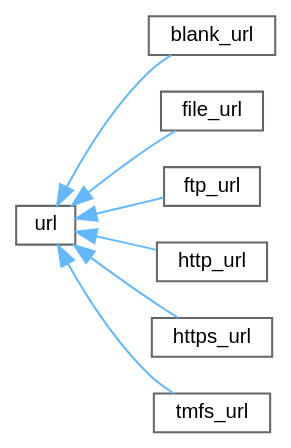
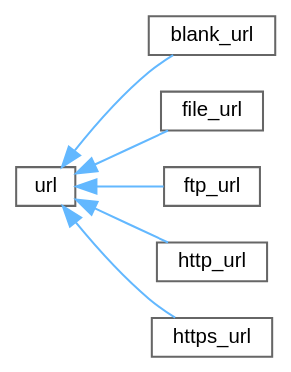
One commit to XmacsLabs/lolly changed the diagram in inherit_graph_55.dot. Above: the diagram before and after it, drawn with Graphviz. The commit also changed 120 other files, not shown here.

```diff
--- a/inherit_graph_55.dot
+++ b/inherit_graph_55.dot
@@ -1,21 +1,19 @@
 digraph "Graphical Class Hierarchy"
 {
  // LATEX_PDF_SIZE
   bgcolor="transparent";
   edge [fontname=Helvetica,fontsize=10,labelfontname=Helvetica,labelfontsize=10];
   node [fontname=Helvetica,fontsize=10,shape=box,height=0.2,width=0.4];
   rankdir="LR";
   Node0 [label="url",height=0.2,width=0.4,color="grey40", fillcolor="white", style="filled",URL="$classurl.html",tooltip=" "];
   Node0 -> Node1 [dir="back",color="steelblue1",style="solid"];
   Node1 [label="blank_url",height=0.2,width=0.4,color="grey40", fillcolor="white", style="filled",URL="$classblank__url.html",tooltip=" "];
   Node0 -> Node2 [dir="back",color="steelblue1",style="solid"];
   Node2 [label="file_url",height=0.2,width=0.4,color="grey40", fillcolor="white", style="filled",URL="$classfile__url.html",tooltip=" "];
   Node0 -> Node3 [dir="back",color="steelblue1",style="solid"];
   Node3 [label="ftp_url",height=0.2,width=0.4,color="grey40", fillcolor="white", style="filled",URL="$classftp__url.html",tooltip=" "];
   Node0 -> Node4 [dir="back",color="steelblue1",style="solid"];
   Node4 [label="http_url",height=0.2,width=0.4,color="grey40", fillcolor="white", style="filled",URL="$classhttp__url.html",tooltip=" "];
   Node0 -> Node5 [dir="back",color="steelblue1",style="solid"];
   Node5 [label="https_url",height=0.2,width=0.4,color="grey40", fillcolor="white", style="filled",URL="$classhttps__url.html",tooltip=" "];
-  Node0 -> Node6 [dir="back",color="steelblue1",style="solid"];
-  Node6 [label="tmfs_url",height=0.2,width=0.4,color="grey40", fillcolor="white", style="filled",URL="$classtmfs__url.html",tooltip=" "];
 }
```
